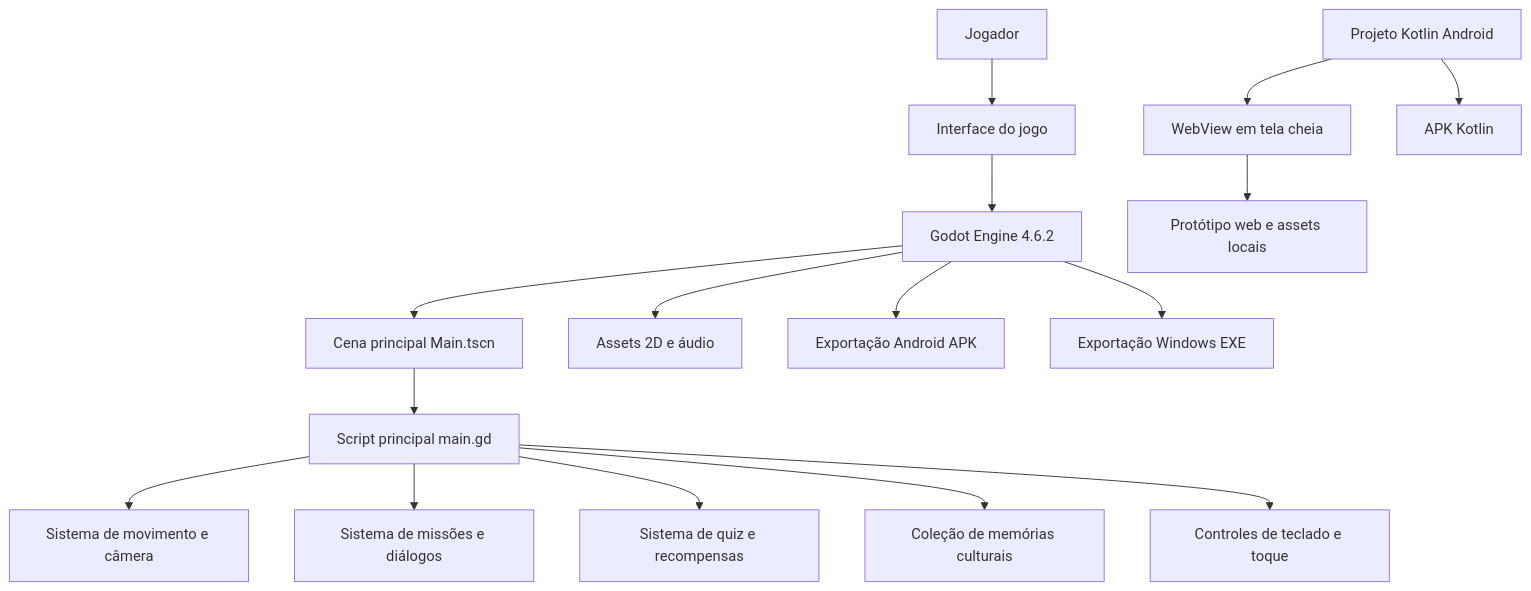
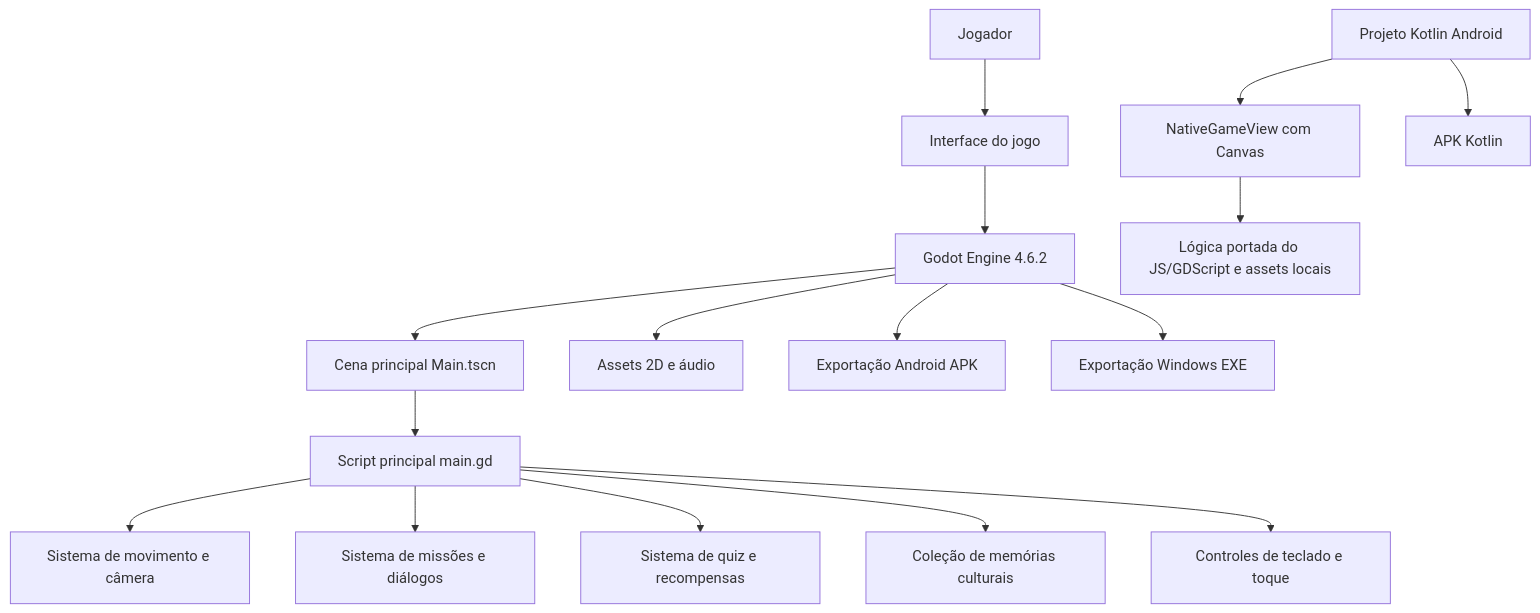
Before and after one commit to nt8816/sim-bora-piaui: the diagram in README.md, drawn with Mermaid. The commit also changed other lines of this file and 3 other files, not shown here.

````diff
--- a/README.md
+++ b/README.md
@@ -195,18 +195,18 @@
 ```mermaid
 flowchart TD
     A[Jogador] --> B[Interface do jogo]
     B --> C[Godot Engine 4.6.2]
     C --> D[Cena principal Main.tscn]
     D --> E[Script principal main.gd]
     E --> F[Sistema de movimento e câmera]
     E --> G[Sistema de missões e diálogos]
     E --> H[Sistema de quiz e recompensas]
     E --> I[Coleção de memórias culturais]
     E --> J[Controles de teclado e toque]
     C --> K[Assets 2D e áudio]
     C --> L[Exportação Android APK]
     C --> M[Exportação Windows EXE]
-    N[Projeto Kotlin Android] --> O[WebView em tela cheia]
-    O --> P[Protótipo web e assets locais]
+    N[Projeto Kotlin Android] --> O[NativeGameView com Canvas]
+    O --> P[Lógica portada do JS/GDScript e assets locais]
     N --> Q[APK Kotlin]
 ```
````
